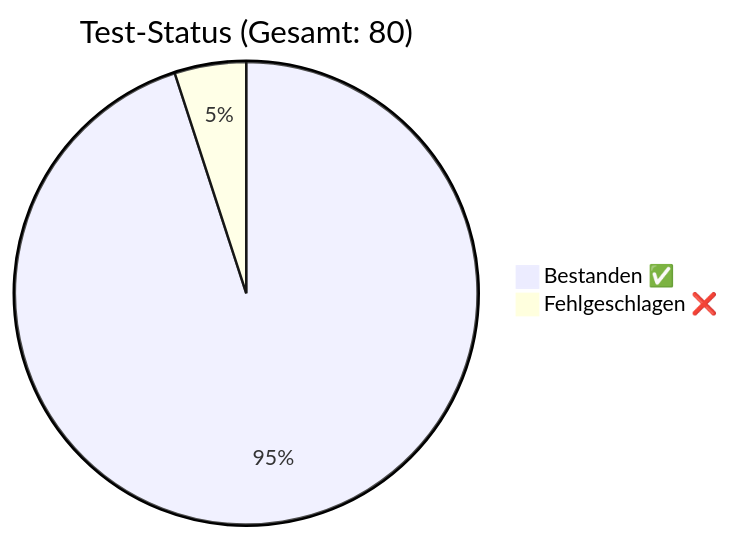
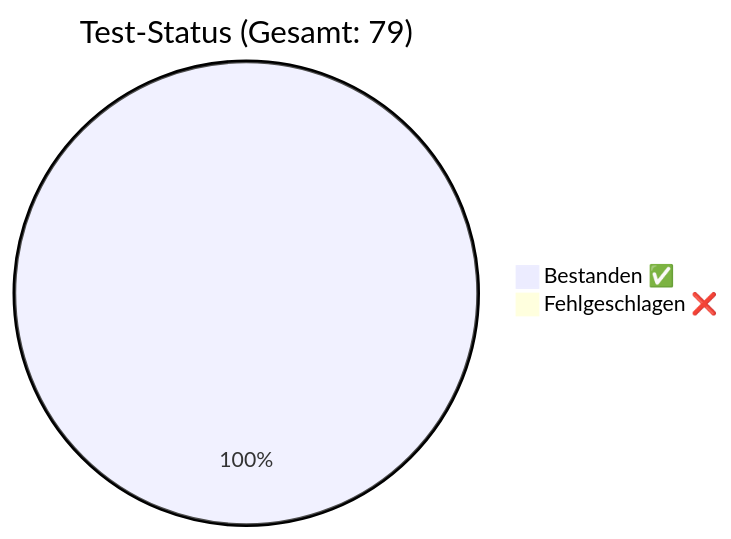
One commit to rorila/GCS changed the diagram in docs/QA_Report.md. Above: the diagram before and after it, drawn with Mermaid. The commit also changed other lines of this file and 23 other files, not shown here.

Commit message:
fix: E2E-Integrationssuite MyCoolGame - FlowGraphHydrator Bugfix + Test-Korrekturen

````diff
--- a/docs/QA_Report.md
+++ b/docs/QA_Report.md
@@ -7,5 +7,5 @@
 ```mermaid
-pie title Test-Status (Gesamt: 80)
-    "Bestanden ✅" : 76
-    "Fehlgeschlagen ❌" : 4
+pie title Test-Status (Gesamt: 79)
+    "Bestanden ✅" : 79
+    "Fehlgeschlagen ❌" : 0
 ```
````
